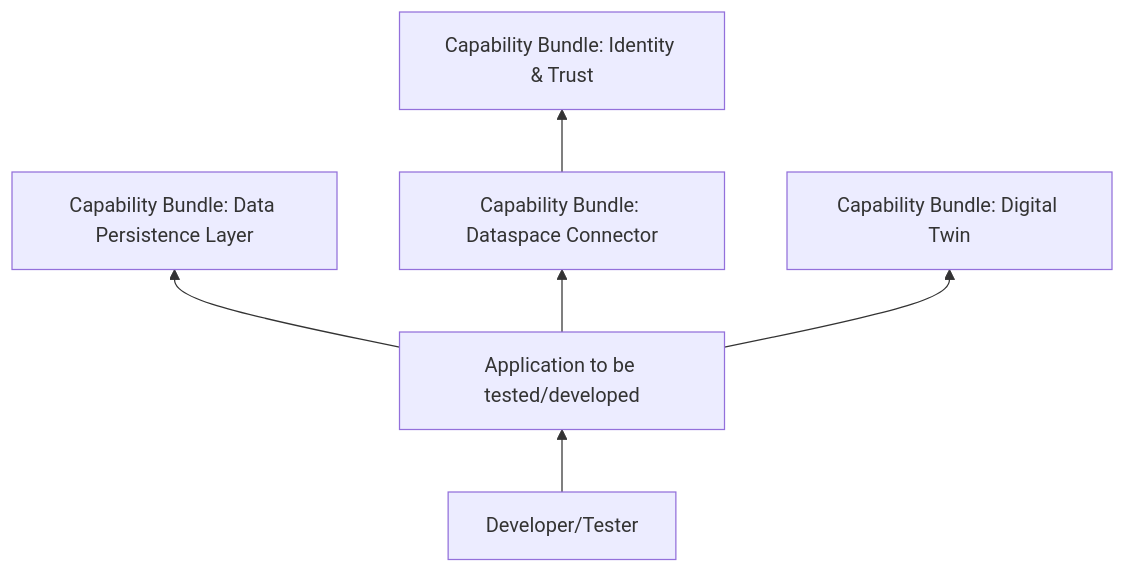
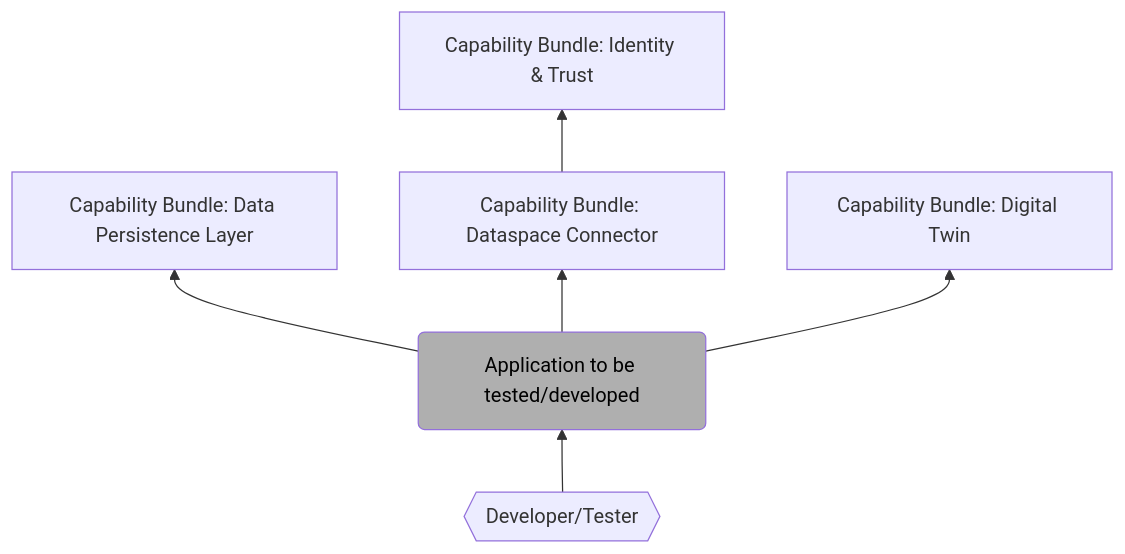
The fourth of 8 diagrams in docs/concept/TAP7.1-solution-design.md (eclipse-tractusx/tractus-x-umbrella), drawn with Mermaid before and after one commit. The commit also changed other lines of this file, not shown here.

`````diff
--- a/docs/concept/TAP7.1-solution-design.md
+++ b/docs/concept/TAP7.1-solution-design.md
@@ -356,14 +359,15 @@
 ````mermaid
 flowchart BT
     A["Capability Bundle: Identity & Trust"]
     B["Capability Bundle: Data Persistence Layer"]
     C["Capability Bundle: Dataspace Connector"]
     D["Capability Bundle: Digital Twin"]
-    E["Application to be tested/developed"]
-    F["Developer/Tester"]
+    E("Application to be tested/developed")
+    style E fill:#afafaf,color:black
+    F{{"Developer/Tester"}}
     E --> B
     E --> C
     E --> D
     C --> A
     F --> E
 ````
`````
